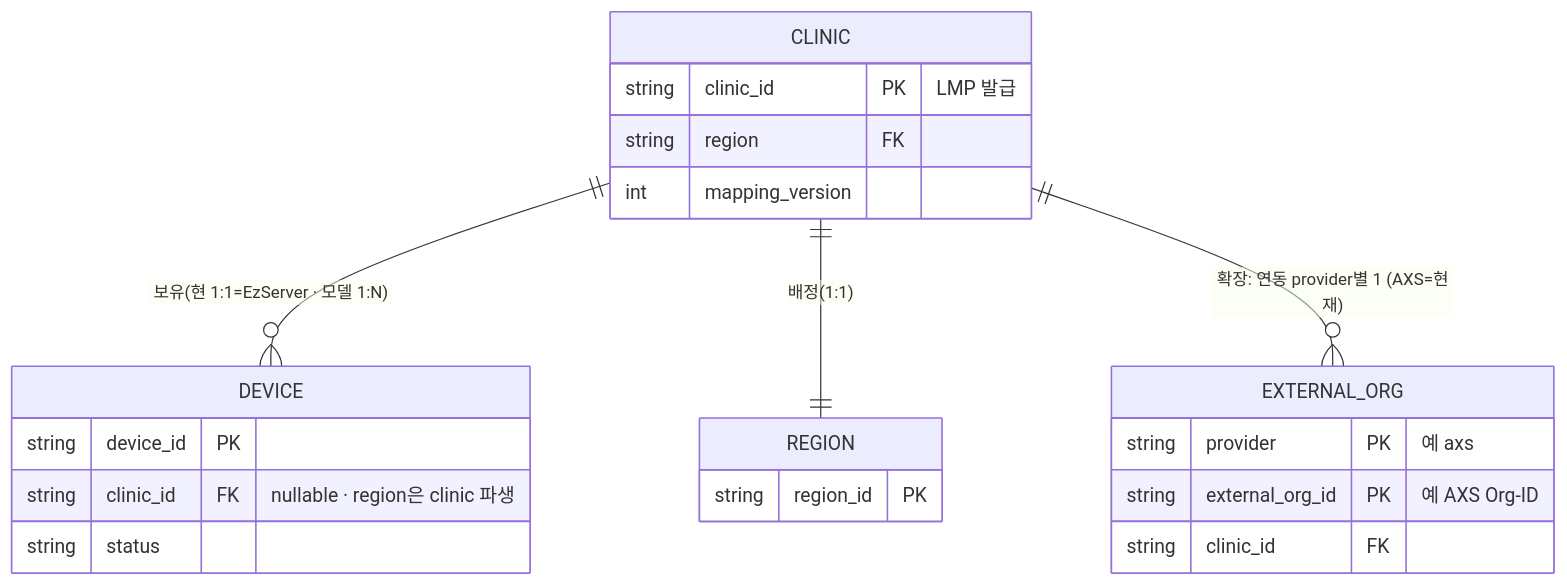
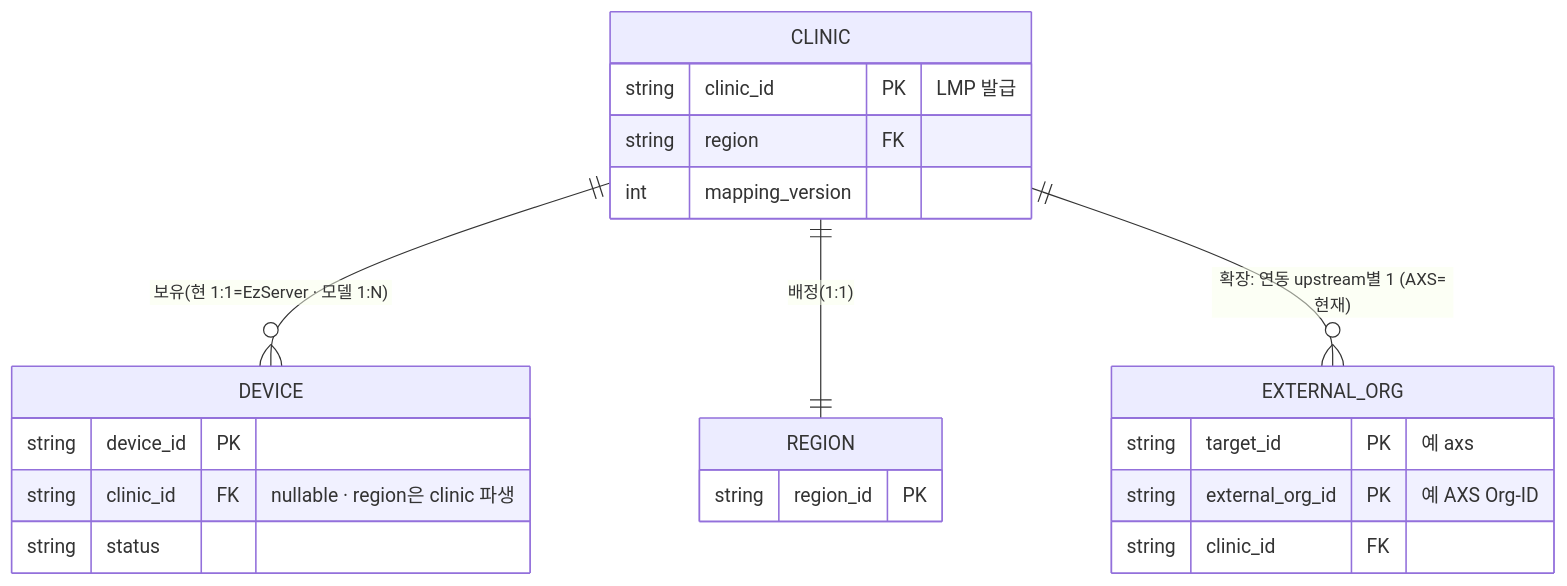
One commit to gracegyu/scp-architecture changed diagram 17 of 19 in docs/VT_API_Gateway/08.VT_API_Gateway/specs/03-srs-gateway/SRS.md. Above: the diagram before and after it, drawn with Mermaid. The commit also changed other lines of this file and 5 other files, not shown here.

Commit message:
문서 업데이트: VT API Gateway의 SRS 및 OpenAPI 문서에서 webhook 수신 및 Org-ID 등록 관련 내용을 개선하였습니다. webhook 수신 호스트를 provider에서 upstream으로 변경하고, 관련 경로 및 설명을 업데이트하여 시스템 아키텍처의 일관성을 강화하였습니다. 또한, Org-ID↔ClinicID 매핑 삭제 API를 추가하여 연동 해지 및 오설정 제거 기능을 지원하며, webhook 이벤트 조회 및 fleet 상태 조회 API를 신설하여 관리 기능을 보강하였습니다.

````diff
--- a/docs/VT_API_Gateway/08.VT_API_Gateway/specs/03-srs-gateway/SRS.md
+++ b/docs/VT_API_Gateway/08.VT_API_Gateway/specs/03-srs-gateway/SRS.md
@@ -1268,24 +1307,24 @@
 ```mermaid
 erDiagram
     CLINIC ||--o{ DEVICE : "보유(현 1:1=EzServer · 모델 1:N)"
     CLINIC ||--|| REGION : "배정(1:1)"
-    CLINIC ||--o{ EXTERNAL_ORG : "확장: 연동 provider별 1 (AXS=현재)"
+    CLINIC ||--o{ EXTERNAL_ORG : "확장: 연동 upstream별 1 (AXS=현재)"
     CLINIC {
         string clinic_id PK "LMP 발급"
         string region FK
         int mapping_version
     }
     DEVICE {
         string device_id PK
         string clinic_id FK "nullable · region은 clinic 파생"
         string status
     }
     EXTERNAL_ORG {
-        string provider PK "예 axs"
+        string target_id PK "예 axs"
         string external_org_id PK "예 AXS Org-ID"
         string clinic_id FK
     }
     REGION {
         string region_id PK
     }
 ```
````
